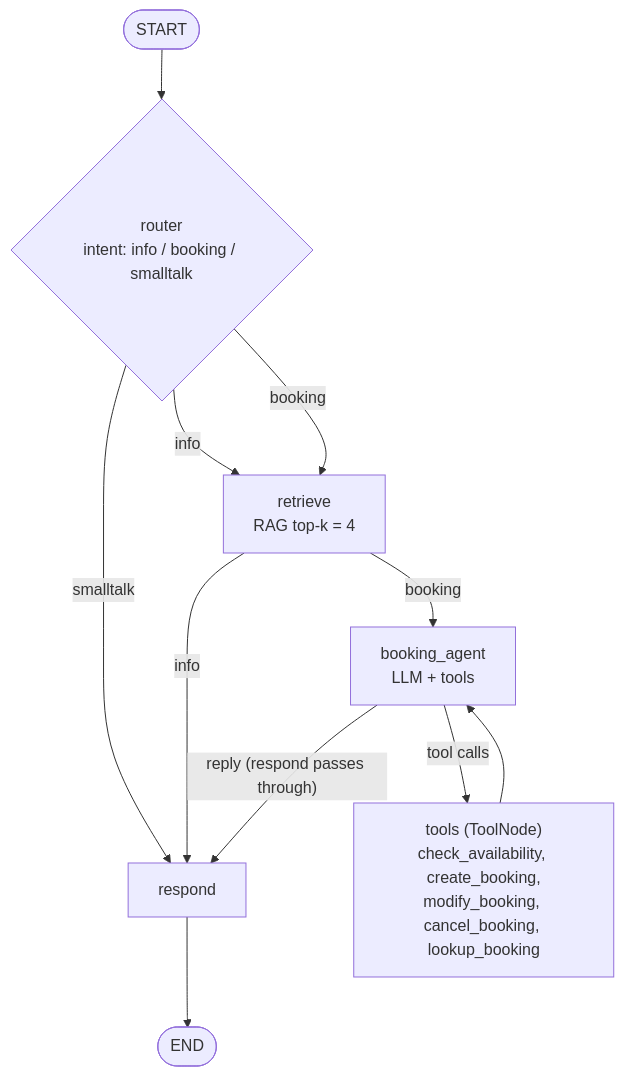
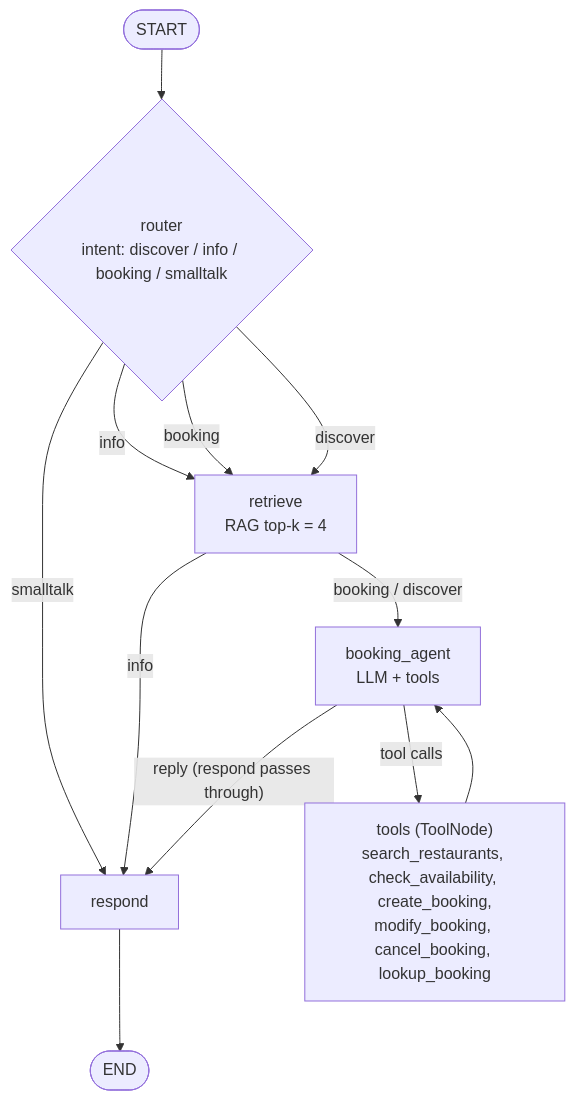
The second of 2 diagrams in README.md (aryabailur/tablewise-), drawn with Mermaid before and after one commit. The commit also changed other lines of this file and 9 other files, not shown here.

````diff
--- a/README.md
+++ b/README.md
@@ -60,13 +97,14 @@
 ```mermaid
 flowchart TD
-  S([START]) --> router{"router<br/>intent: info / booking / smalltalk"}
+  S([START]) --> router{"router<br/>intent: discover / info / booking / smalltalk"}
   router -->|smalltalk| respond
   router -->|info| retrieve["retrieve<br/>RAG top-k = 4"]
   router -->|booking| retrieve
+  router -->|discover| retrieve
   retrieve -->|info| respond
-  retrieve -->|booking| agent["booking_agent<br/>LLM + tools"]
-  agent -->|tool calls| tools["tools (ToolNode)<br/>check_availability, create_booking,<br/>modify_booking, cancel_booking, lookup_booking"]
+  retrieve -->|"booking / discover"| agent["booking_agent<br/>LLM + tools"]
+  agent -->|tool calls| tools["tools (ToolNode)<br/>search_restaurants, check_availability, create_booking,<br/>modify_booking, cancel_booking, lookup_booking"]
   tools --> agent
   agent -->|"reply (respond passes through)"| respond
   respond --> E([END])
 ```
````
